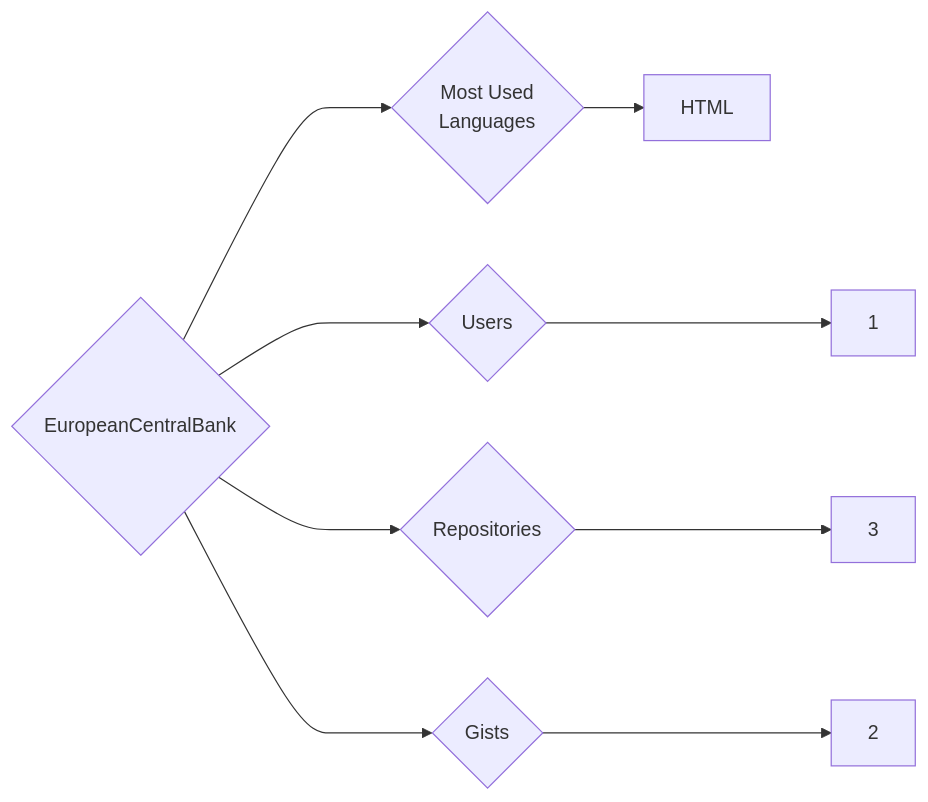
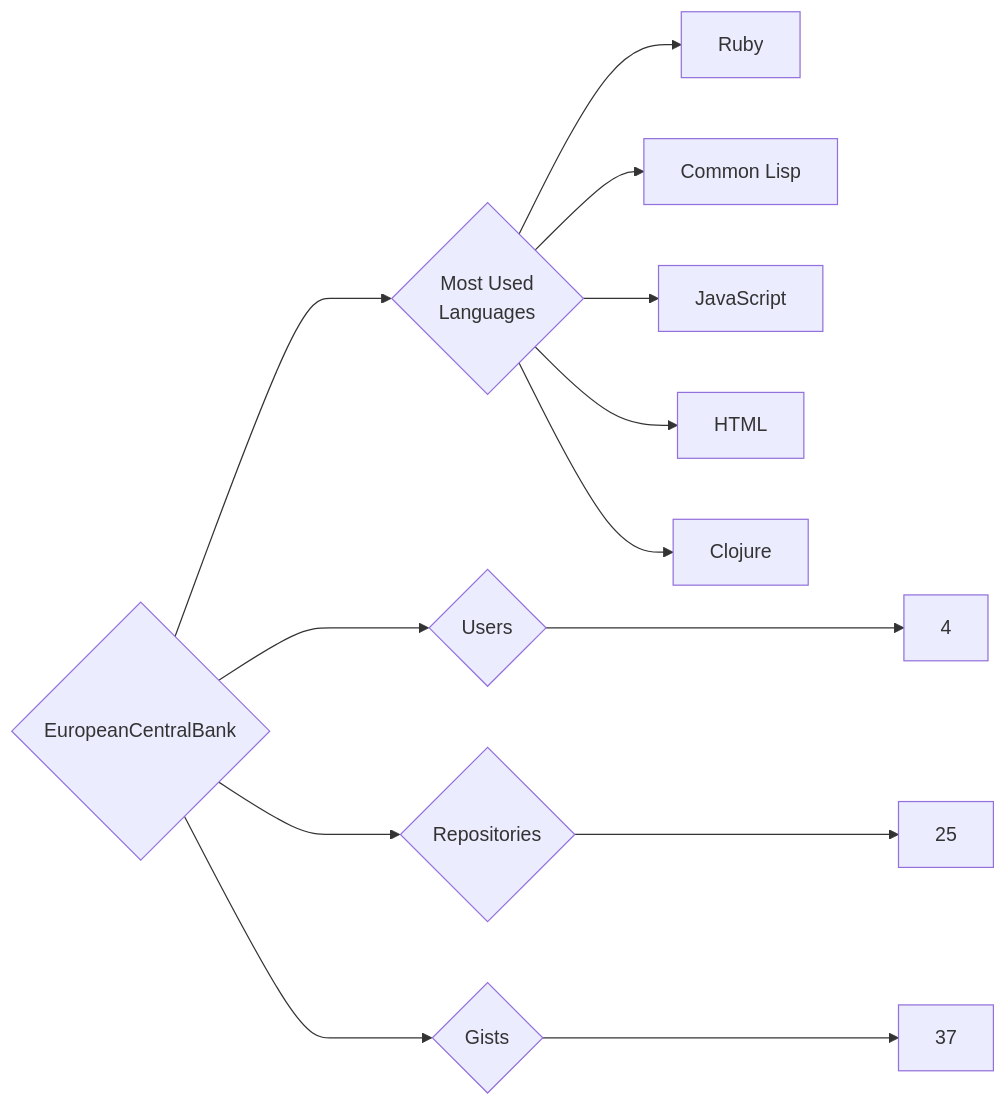
The diagram in targets/EuropeanCentralBank/README.md (trickest/insiders), drawn with Mermaid before and after one commit. The commit also changed 860 other files, not shown here.

````diff
--- a/targets/EuropeanCentralBank/README.md
+++ b/targets/EuropeanCentralBank/README.md
@@ -3,9 +3,13 @@
 ```mermaid
 graph LR
 COMPANY_NAME{EuropeanCentralBank}
-COMPANY_NAME ---> U{Users} ---> UN[1]
-COMPANY_NAME ---> R{Repositories} ---> RN[3]
-COMPANY_NAME ---> G{Gists} ---> GN[2]
+COMPANY_NAME ---> U{Users} ---> UN[4]
+COMPANY_NAME ---> R{Repositories} ---> RN[25]
+COMPANY_NAME ---> G{Gists} ---> GN[37]
 COMPANY_NAME ---> ML{Most Used<br>Languages}
+ML --> Ruby[Ruby]
+ML --> Common_Lisp[Common Lisp]
+ML --> JavaScript[JavaScript]
 ML --> HTML[HTML]
+ML --> Clojure[Clojure]
 ```
````
